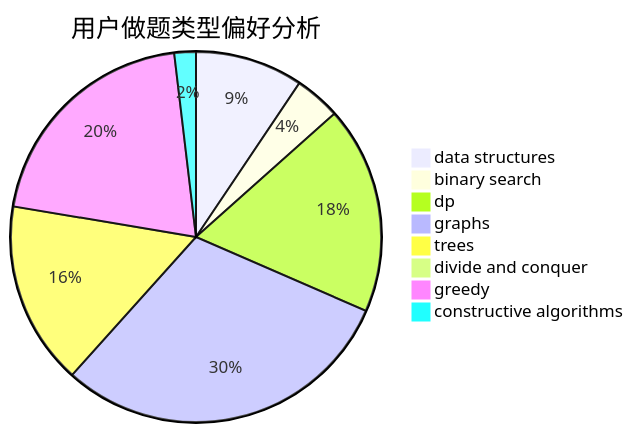
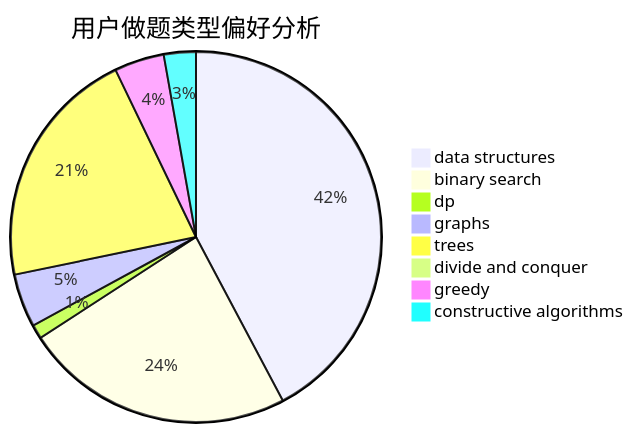
Before and after one commit to sherpahu/cfrs.github.io: the second of 3 diagrams in docs/user/u964.md, drawn with Mermaid. The commit also changed other lines of this file and 2770 other files, not shown here.

````diff
--- a/docs/user/u964.md
+++ b/docs/user/u964.md
@@ -23,11 +23,11 @@
 ```mermaid
 pie title 用户做题类型偏好分析
-    "data structures" :  40
-    "binary search" :  17
-    "dp" :  77
-    "graphs" :  128
+    "data structures" :  136
+    "binary search" :  76
+    "dp" :  4
+    "graphs" :  15
     "trees" :  68
     "divide and conquer" :  0
-    "greedy" :  87
-    "constructive algorithms" :  8
+    "greedy" :  14
+    "constructive algorithms" :  9
 ```
````
